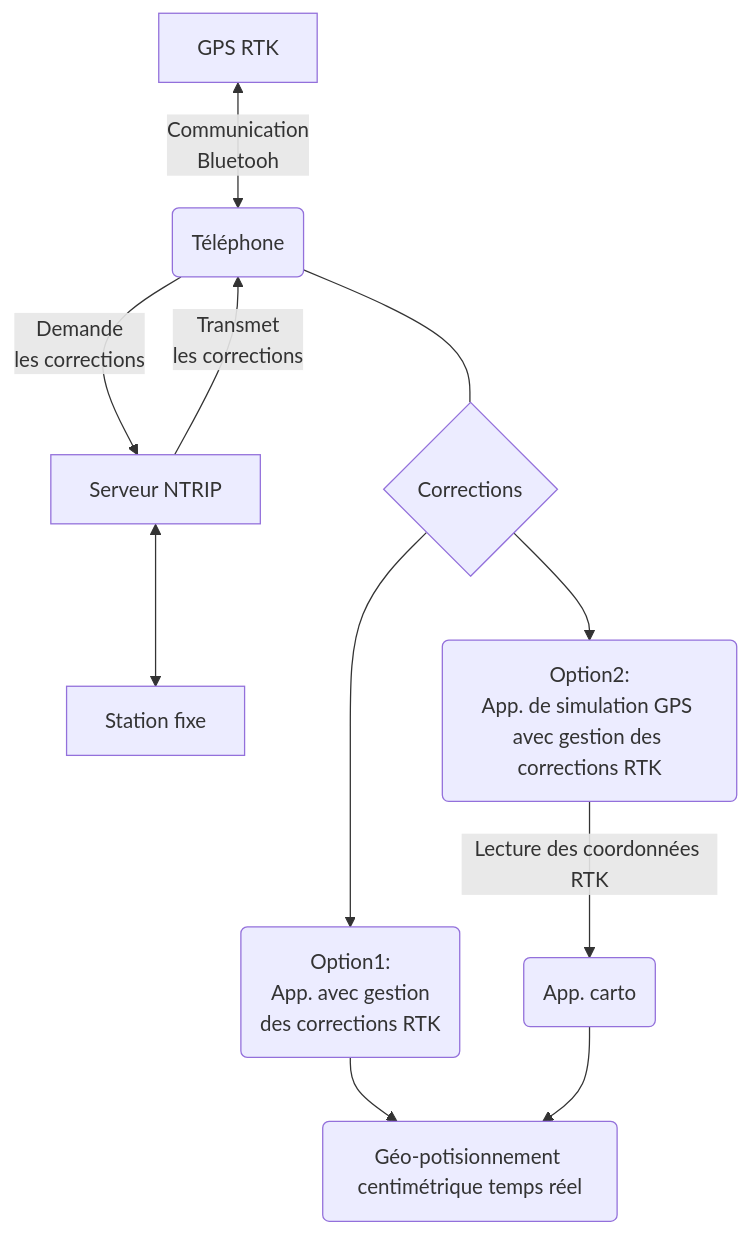
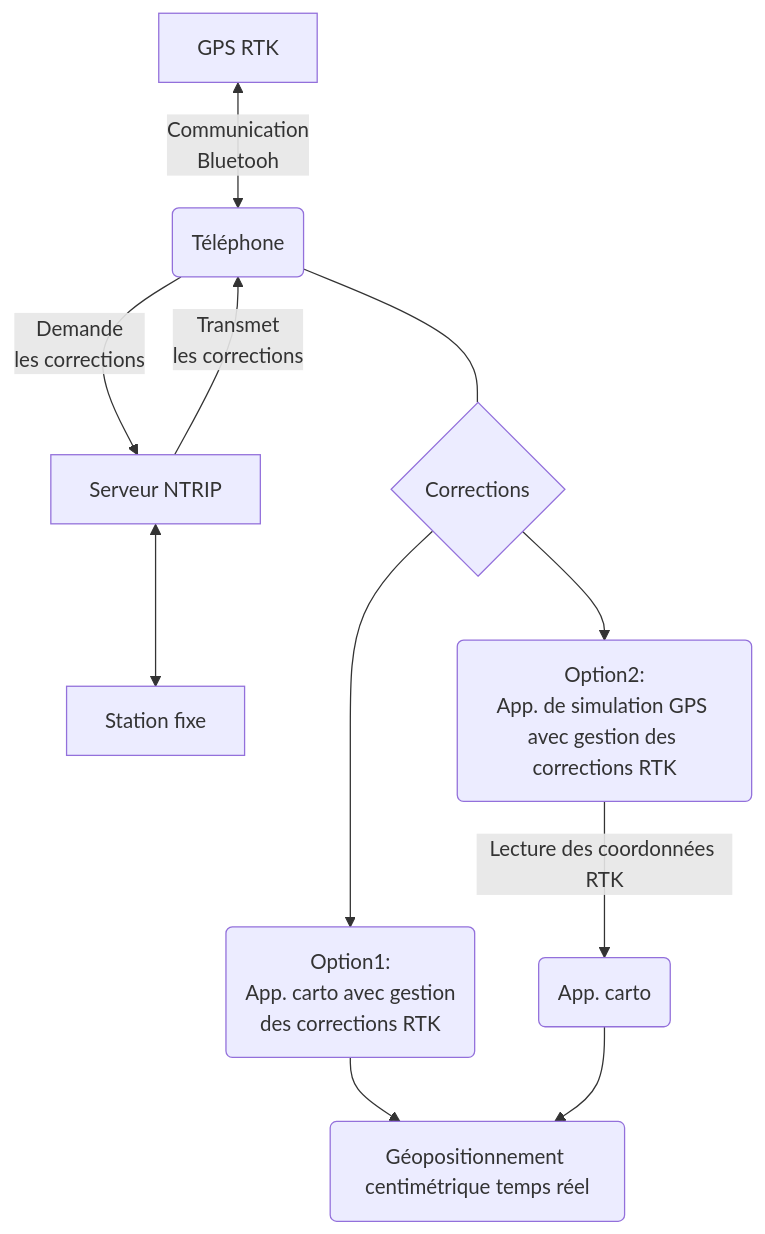
The diagram in content/articles/2023/2023-09-05_tutoriel-geolocalisation-haute-precision.md (geotribu/website), drawn with Mermaid before and after one commit.

Commit message:
Correction graph

````diff
--- a/content/articles/2023/2023-09-05_tutoriel-geolocalisation-haute-precision.md
+++ b/content/articles/2023/2023-09-05_tutoriel-geolocalisation-haute-precision.md
@@ -93,10 +93,10 @@
 ```mermaid
 graph TD
     A[GPS RTK] <--> |Communication<br>Bluetooh| R(Téléphone)
     R --> |Demande<br>les corrections| D[Serveur NTRIP]<-->J[Station fixe]
     D --> |Transmet<br>les corrections| R
     R --- T{Corrections}
-    T --> B(Option1:<br>App. avec gestion <br>des corrections RTK)-->Z(Géo-potisionnement centimétrique temps réel)
+    T --> B(Option1:<br>App. carto avec gestion <br>des corrections RTK)-->Z(Géopositionnement centimétrique temps réel)
     T --> C(Option2:<br>App. de simulation GPS <br>avec gestion des corrections RTK)
     C --> |Lecture des coordonnées RTK| G(App. carto)-->Z
 ```
````
